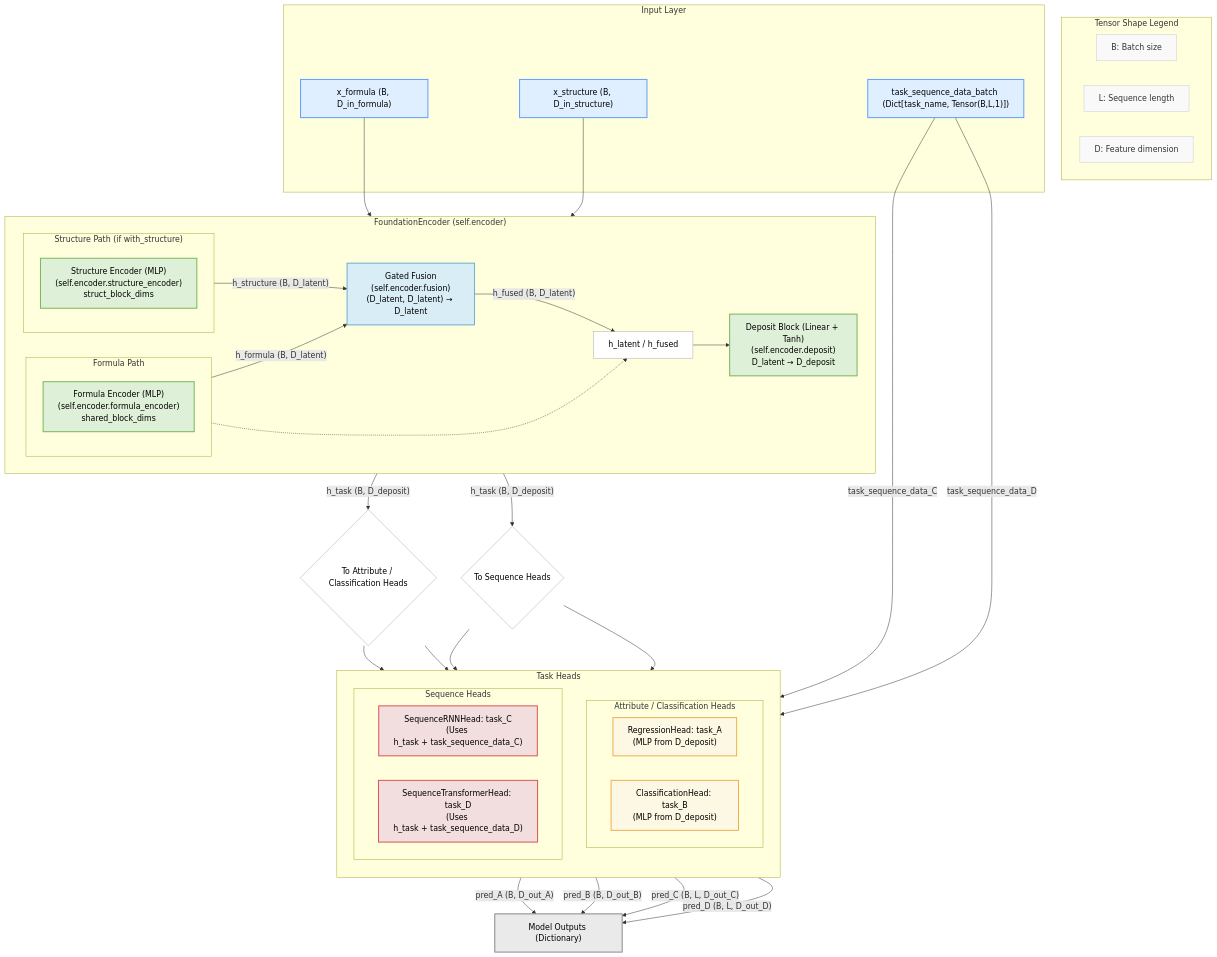
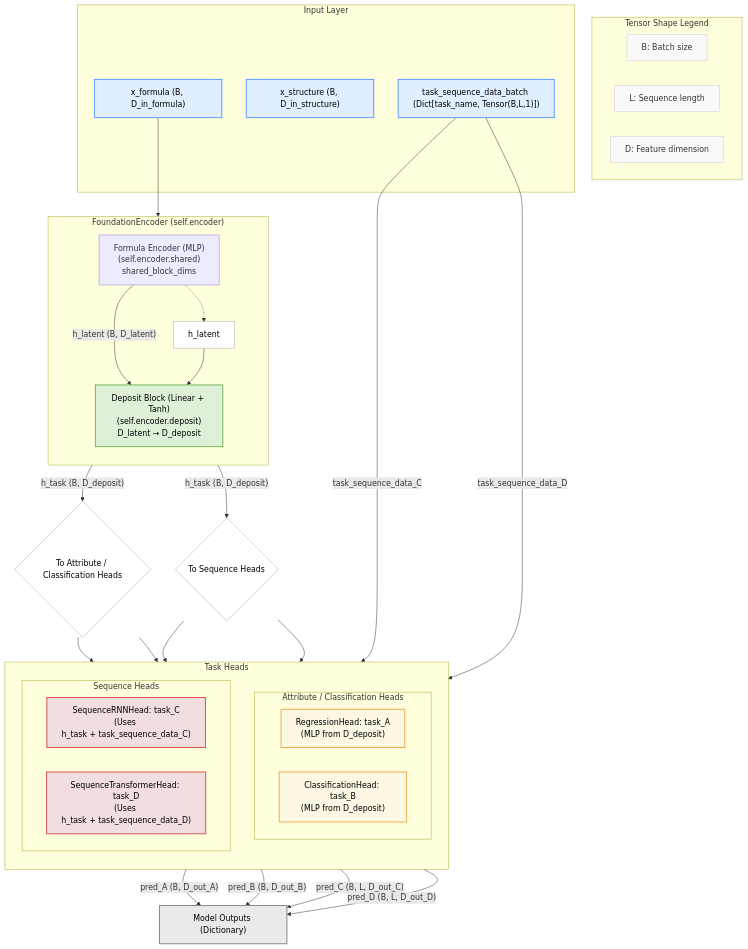
The first of 2 diagrams in ARCHITECTURE.md (TsumiNa/foundation_model), drawn with Mermaid before and after one commit. The commit also changed other lines of this file and 42 other files, not shown here.

```diff
--- a/ARCHITECTURE.md
+++ b/ARCHITECTURE.md
@@ -61,29 +61,14 @@
 
     %% -------- Foundation Encoder --------
     subgraph FoundationEncoderModule["FoundationEncoder (self.encoder)"]
-        direction LR
+        direction TB
 
-        %% Formula path
-        subgraph FormulaPath["Formula Path"]
-            direction TB
-            F_Encoder["Formula Encoder (MLP)<br/>(self.encoder.formula_encoder)<br/>shared_block_dims"]
-        end
+        FormulaEncoder["Formula Encoder (MLP)<br/>(self.encoder.shared)<br/>shared_block_dims"]
+        DepositBlock["Deposit Block (Linear + Tanh)<br/>(self.encoder.deposit)<br/>D_latent → D_deposit"]
 
-        %% Structure path
-        subgraph StructurePath["Structure Path (if with_structure)"]
-            direction TB
-            S_Encoder["Structure Encoder (MLP)<br/>(self.encoder.structure_encoder)<br/>struct_block_dims"]
-        end
-        
-        Fusion["Gated Fusion<br/>(self.encoder.fusion)<br/>(D_latent, D_latent) → D_latent"]
-        DepositBlock["Deposit Block (Linear + Tanh)<br/>(self.encoder.deposit)<br/>D_latent → D_deposit"]
-        
-        X_formula --> F_Encoder
-        X_structure --> S_Encoder
-        F_Encoder -- "h_formula (B, D_latent)" --> Fusion
-        S_Encoder -- "h_structure (B, D_latent)" --> Fusion
-        F_Encoder -.-> H_Latent_Output_Point["h_latent / h_fused"]
-        Fusion      -- "h_fused (B, D_latent)" --> H_Latent_Output_Point
+        X_formula --> FormulaEncoder
+        FormulaEncoder -- "h_latent (B, D_latent)" --> DepositBlock
+        FormulaEncoder -.-> H_Latent_Output_Point["h_latent"]
         H_Latent_Output_Point --> DepositBlock
     end
 
```
